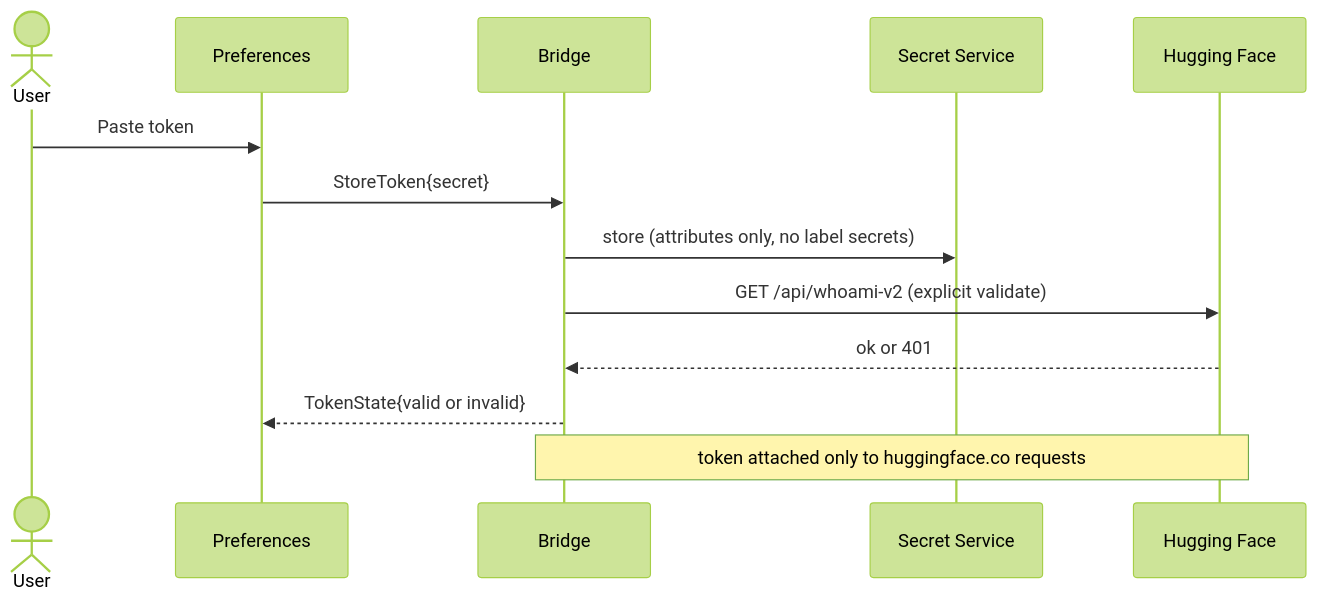
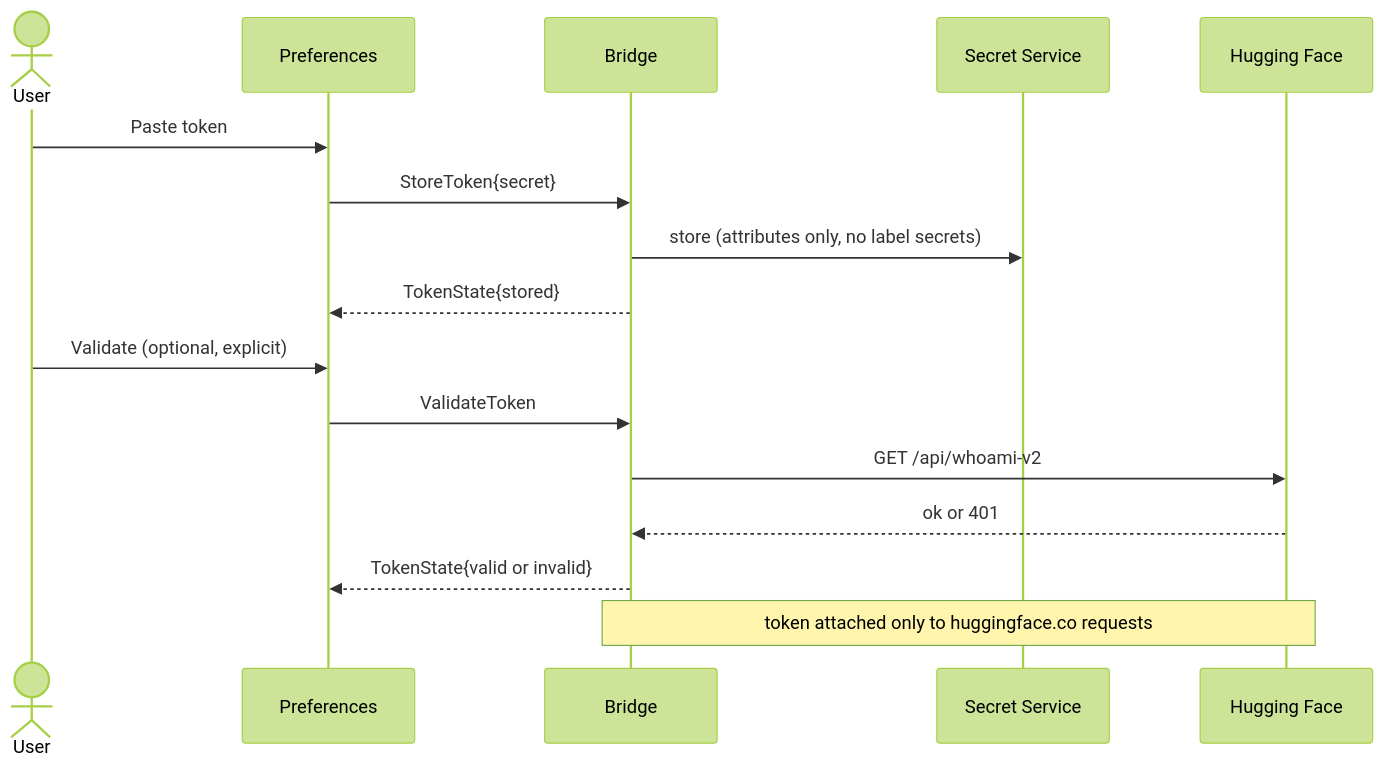
Before and after one commit to dexterhere/kvlm: the seventh of 7 diagrams in docs/04-roadmap/m1/Diagrams.md, drawn with Mermaid (forest theme). The commit also changed other lines of this file and 2 other files, not shown here.

````diff
--- a/docs/04-roadmap/m1/Diagrams.md
+++ b/docs/04-roadmap/m1/Diagrams.md
@@ -167,15 +161,18 @@
 ```mermaid
 sequenceDiagram
     actor U as User
     participant UI as Preferences
     participant B as Bridge
     participant K as Secret Service
     participant H as Hugging Face
     U->>UI: Paste token
     UI->>B: StoreToken{secret}
     B->>K: store (attributes only, no label secrets)
-    B->>H: GET /api/whoami-v2 (explicit validate)
+    B-->>UI: TokenState{stored}
+    U->>UI: Validate (optional, explicit)
+    UI->>B: ValidateToken
+    B->>H: GET /api/whoami-v2
     H-->>B: ok or 401
     B-->>UI: TokenState{valid or invalid}
     Note over B,H: token attached only to huggingface.co requests
 ```
````
